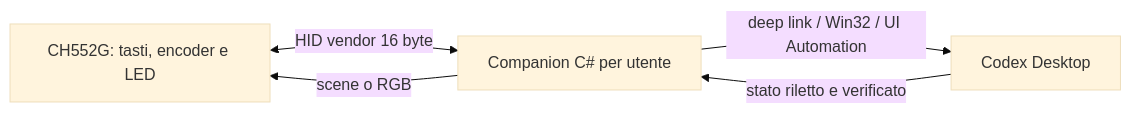
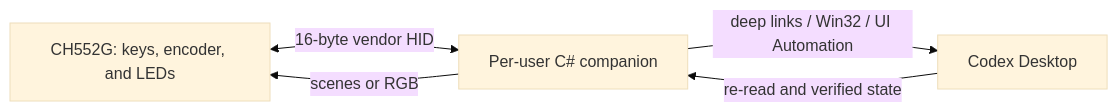
Before and after one commit to fabiorush92/CodexKeyboard: the diagram in README.md, drawn with Mermaid (base theme). The commit also changed other lines of this file and 33 other files, not shown here.

````diff
--- a/README.md
+++ b/README.md
@@ -32,7 +32,7 @@
 ```mermaid
 flowchart LR
-    H["CH552G: tasti, encoder e LED"] <-->|"HID vendor 16 byte"| C["Companion C# per utente"]
-    C -->|"deep link / Win32 / UI Automation"| D["Codex Desktop"]
-    D -->|"stato riletto e verificato"| C
-    C -->|"scene o RGB"| H
+    H["CH552G: keys, encoder, and LEDs"] <-->|"16-byte vendor HID"| C["Per-user C# companion"]
+    C -->|"deep links / Win32 / UI Automation"| D["Codex Desktop"]
+    D -->|"re-read and verified state"| C
+    C -->|"scenes or RGB"| H
 ```
````
